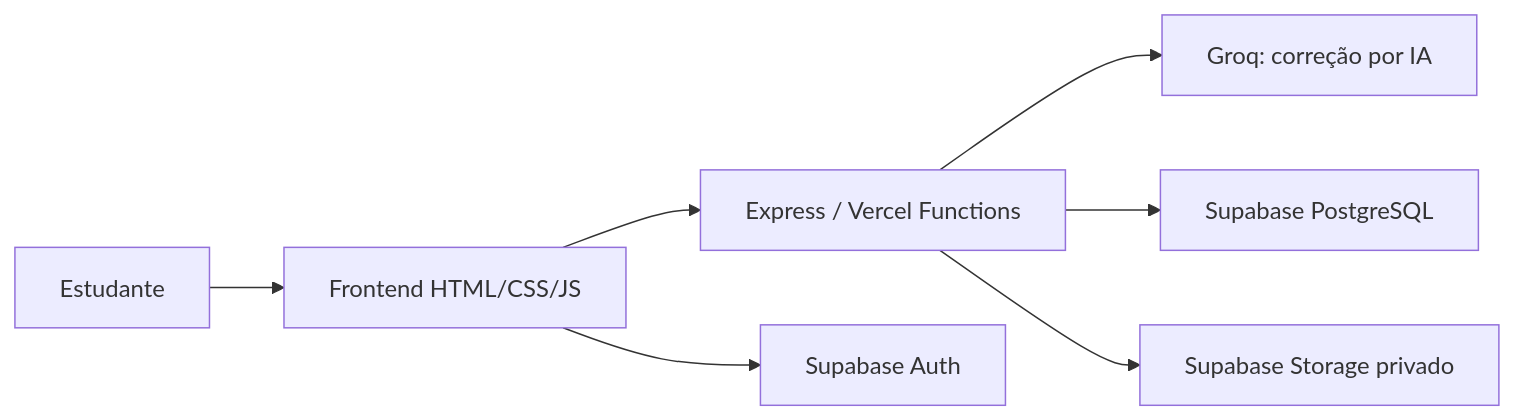
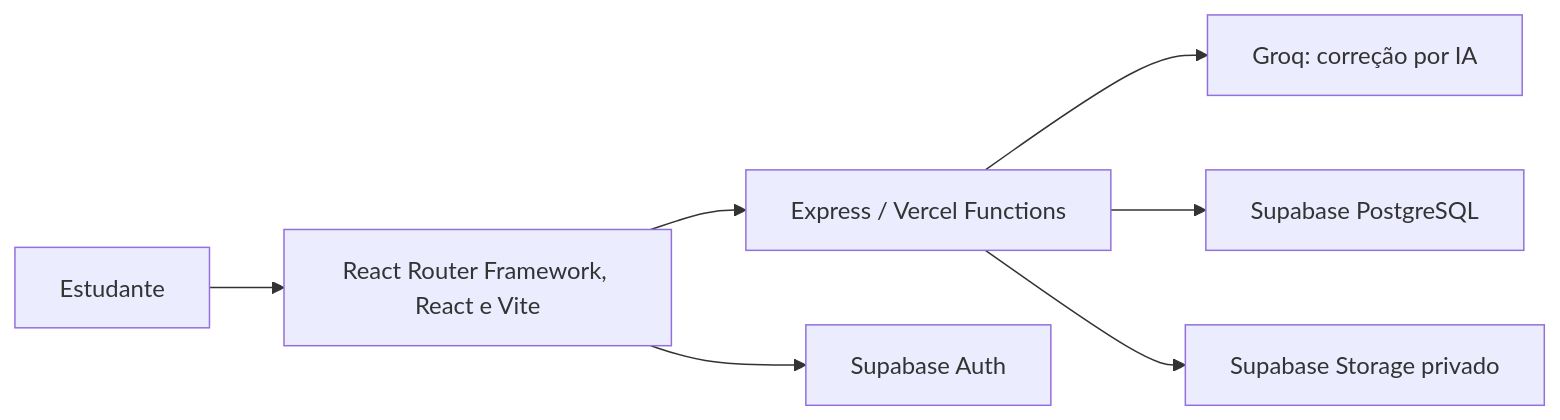
Before and after one commit to ad784/Portugu-s-: the first of 3 diagrams in docs/BANCA.md, drawn with Mermaid. The commit also changed 17 other files, not shown here.

Commit message:
Migrate frontend routing to React Router

````diff
--- a/docs/BANCA.md
+++ b/docs/BANCA.md
@@ -37,9 +37,9 @@
 ```mermaid
 flowchart LR
-  U[Estudante] --> F[Frontend HTML/CSS/JS]
+  U[Estudante] --> F[React Router Framework, React e Vite]
   F --> E[Express / Vercel Functions]
   E --> G[Groq: correção por IA]
   F --> S[Supabase Auth]
   E --> D[Supabase PostgreSQL]
   E --> B[Supabase Storage privado]
 ```
````
